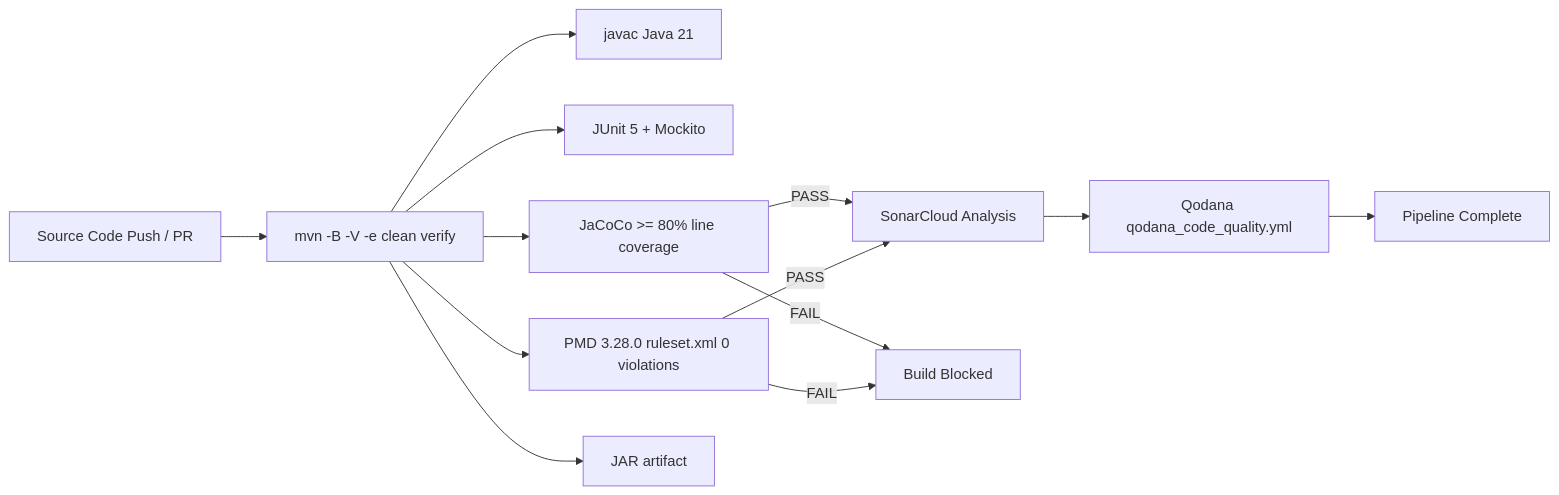
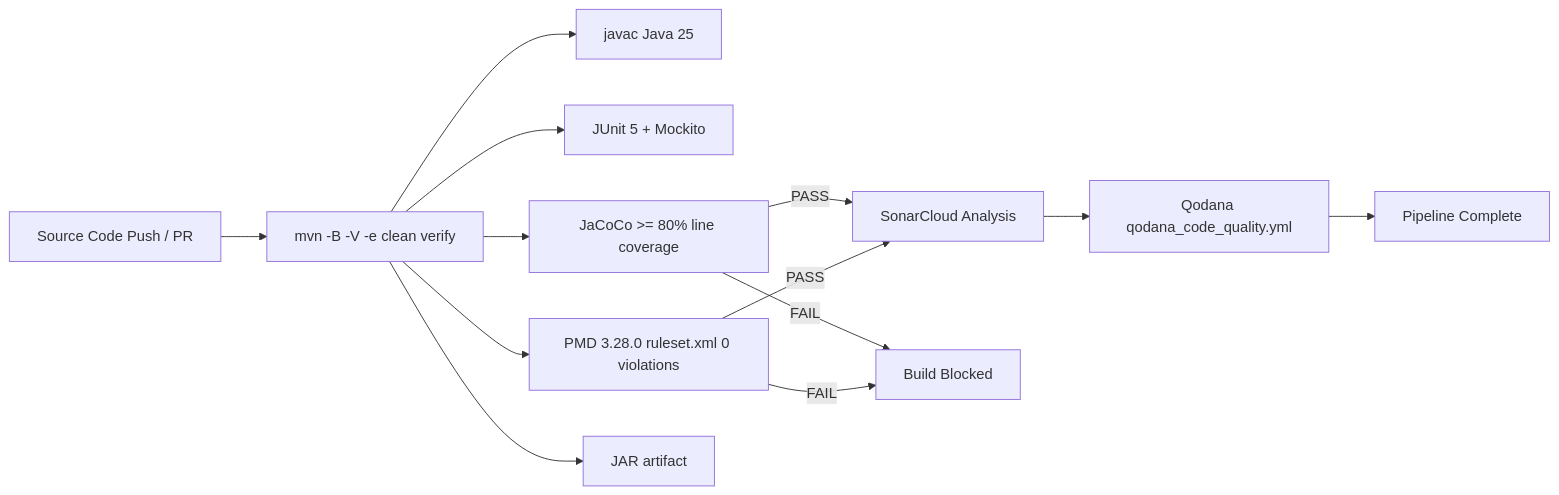
Diagram 17 of 17 in docs/TECHNICAL_DOCUMENTATION.md (um-dev-creative/directory-backend), drawn with Mermaid before and after one commit. The commit also changed other lines of this file and 6 other files, not shown here.

````diff
--- a/docs/TECHNICAL_DOCUMENTATION.md
+++ b/docs/TECHNICAL_DOCUMENTATION.md
@@ -958,17 +958,17 @@
 ```mermaid
 flowchart LR
     CODE["Source Code Push / PR"] --> BUILD["mvn -B -V -e clean verify"]
-    BUILD --> COMPILE["javac Java 21"]
+    BUILD --> COMPILE["javac Java 25"]
     BUILD --> TEST["JUnit 5 + Mockito"]
     BUILD --> COV["JaCoCo >= 80% line coverage"]
     BUILD --> PMD["PMD 3.28.0 ruleset.xml 0 violations"]
     BUILD --> PKG["JAR artifact"]
 
     COV -->|PASS| SONAR["SonarCloud Analysis"]
     PMD -->|PASS| SONAR
     SONAR --> QODANA["Qodana qodana_code_quality.yml"]
     QODANA --> DONE["Pipeline Complete"]
 
     COV -->|FAIL| BLOCK["Build Blocked"]
     PMD -->|FAIL| BLOCK
 ```
````
